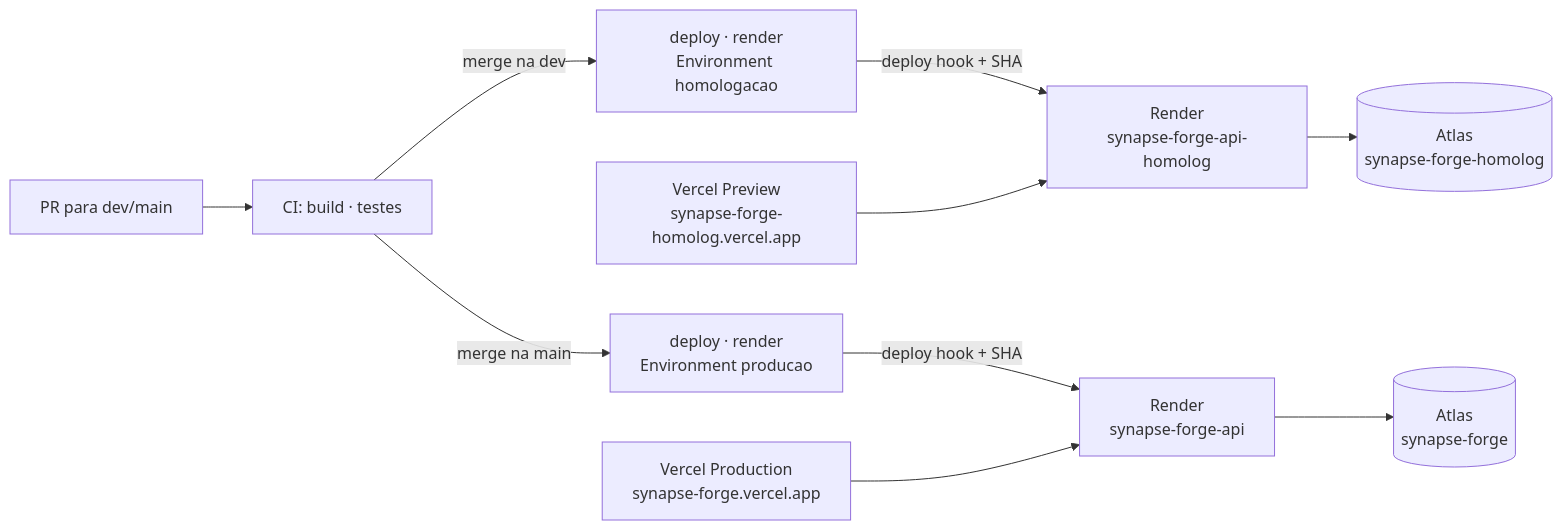
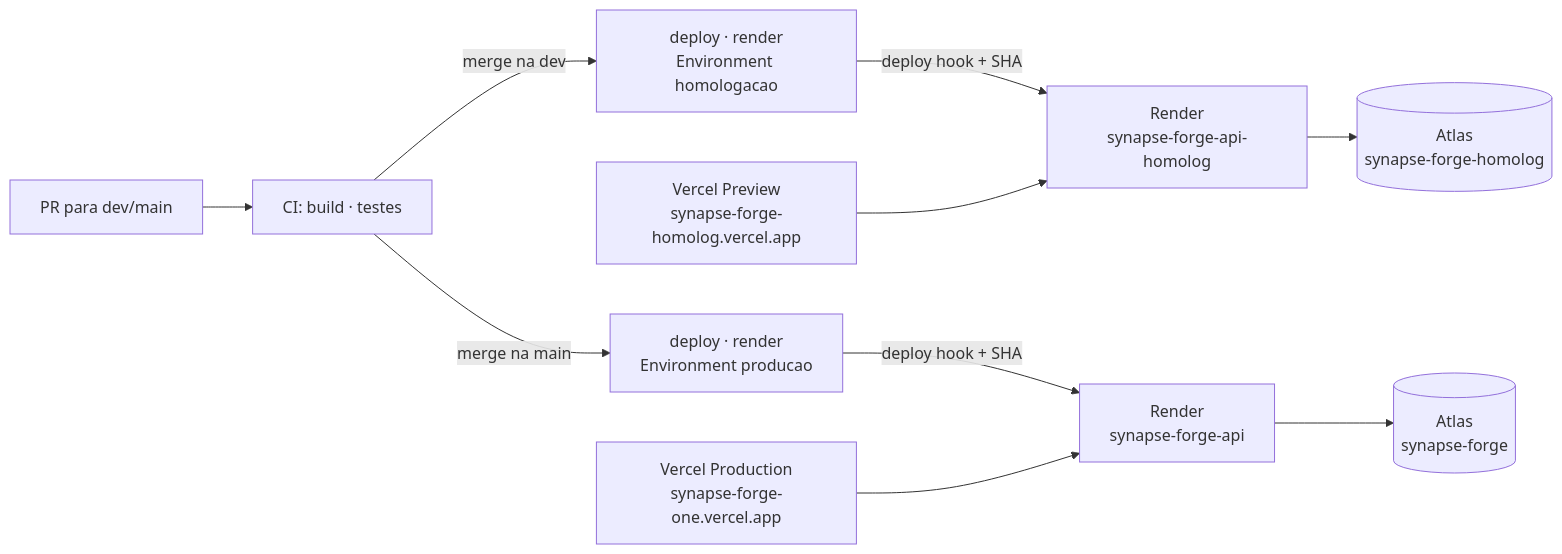
The first of 3 diagrams in README.md (victor-eidt/synapse-forge-back-end), drawn with Mermaid before and after one commit. The commit also changed other lines of this file and 1 other file, not shown here.

First line of the commit message:
SYN-89: domínio de produção do front é synapse-forge-one.vercel.app

````diff
--- a/README.md
+++ b/README.md
@@ -118,12 +118,12 @@
 ```mermaid
 flowchart LR
     PR[PR para dev/main] --> CI["CI: build · testes"]
     CI -->|merge na dev| DH["deploy · render<br/>Environment homologacao"]
     CI -->|merge na main| DP["deploy · render<br/>Environment producao"]
     DH -->|deploy hook + SHA| RH[Render<br/>synapse-forge-api-homolog]
     DP -->|deploy hook + SHA| RP[Render<br/>synapse-forge-api]
     RH --> AH[(Atlas<br/>synapse-forge-homolog)]
     RP --> AP[(Atlas<br/>synapse-forge)]
     VH[Vercel Preview<br/>synapse-forge-homolog.vercel.app] --> RH
-    VP[Vercel Production<br/>synapse-forge.vercel.app] --> RP
+    VP[Vercel Production<br/>synapse-forge-one.vercel.app] --> RP
 ```
````
